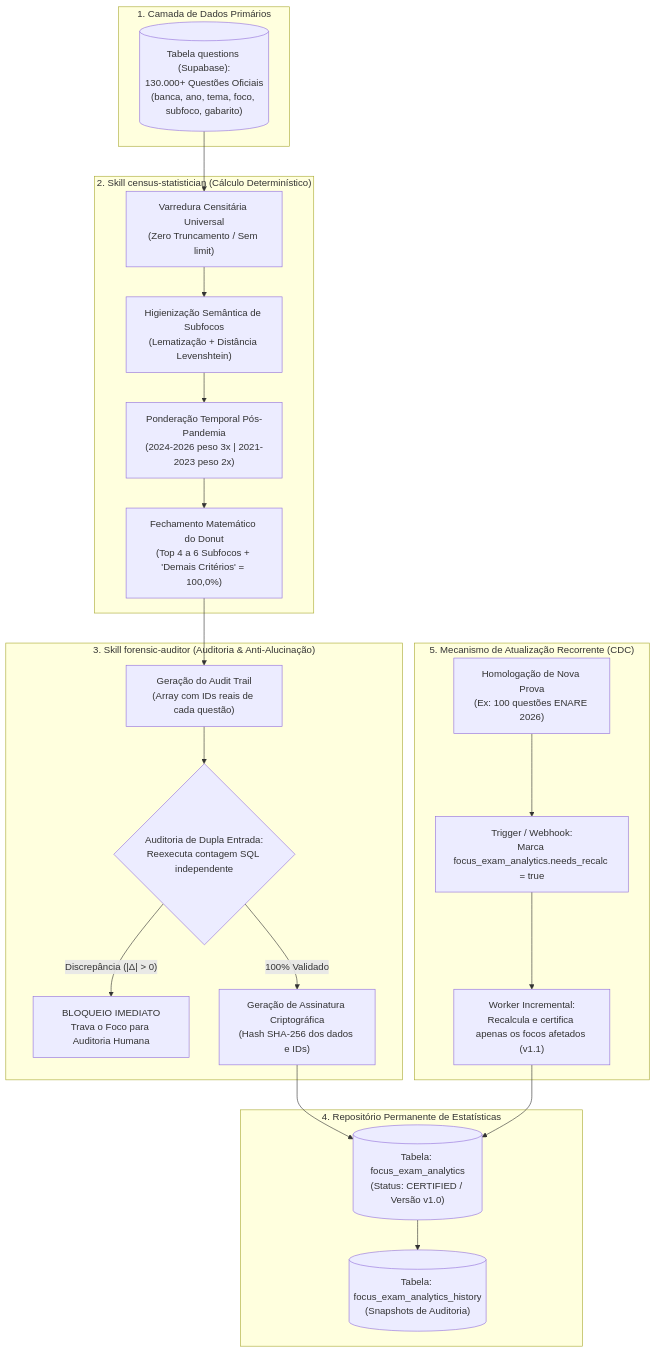
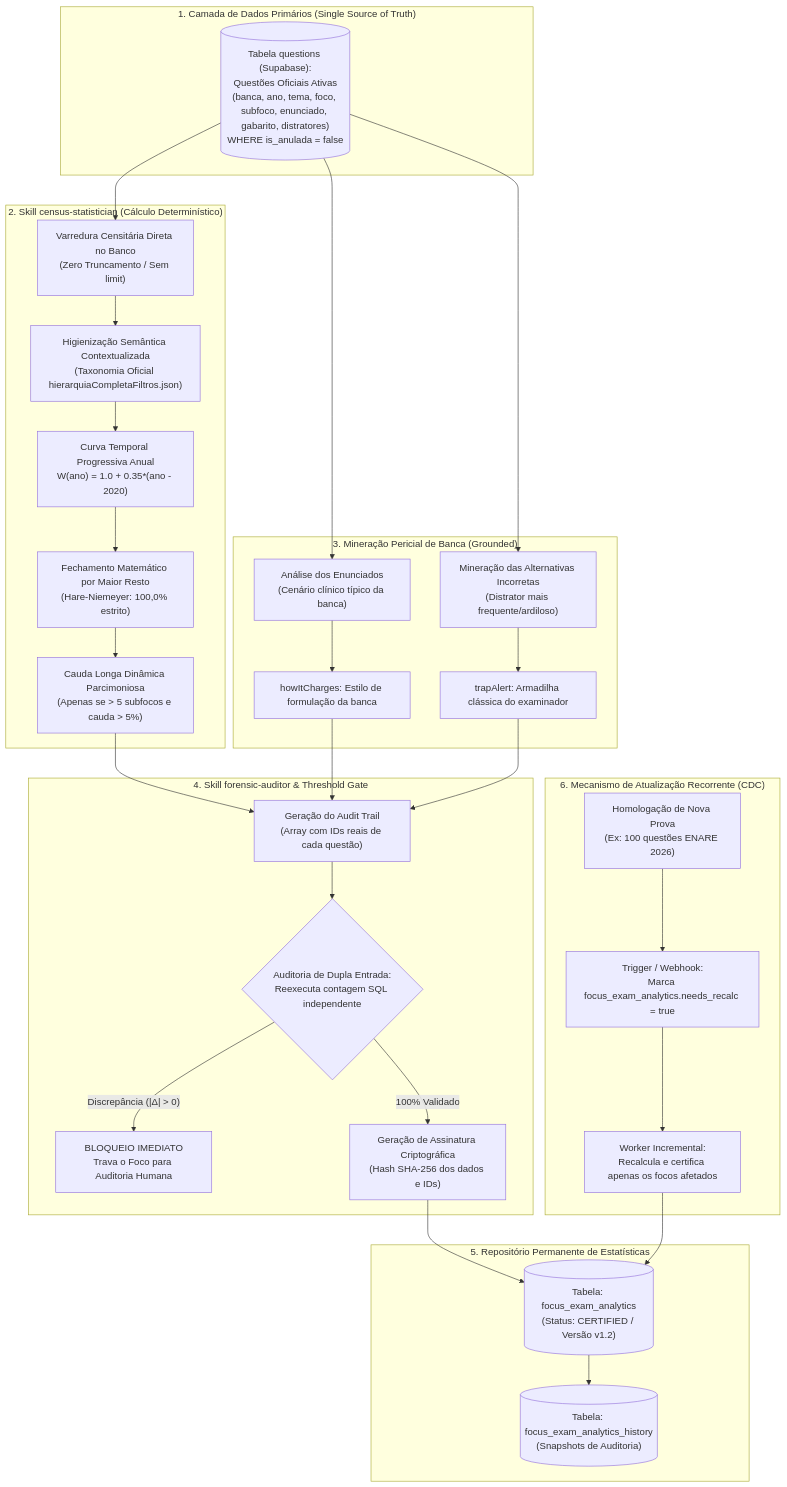
One commit to bancoresidencia/bancoresidencia changed the diagram in docs/PLANO_MESTRE_MOTOR_ESTATISTICO_CENSO_BANCO.md. Above: the diagram before and after it, drawn with Mermaid. The commit also changed other lines of this file and 335 other files, not shown here.

````diff
--- a/docs/PLANO_MESTRE_MOTOR_ESTATISTICO_CENSO_BANCO.md
+++ b/docs/PLANO_MESTRE_MOTOR_ESTATISTICO_CENSO_BANCO.md
@@ -41,31 +51,41 @@
 ```mermaid
 flowchart TD
-    subgraph DADOS_PRIMARIOS ["1. Camada de Dados Primários"]
-        DBQuestoes[("Tabela questions (Supabase):\n130.000+ Questões Oficiais\n(banca, ano, tema, foco, subfoco, gabarito)")]
+    subgraph DADOS_PRIMARIOS ["1. Camada de Dados Primários (Single Source of Truth)"]
+        DBQuestoes[("Tabela questions (Supabase):\nQuestões Oficiais Ativas\n(banca, ano, tema, foco, subfoco, enunciado, gabarito, distratores)\nWHERE is_anulada = false")]
     end
 
     subgraph SKILL_CENSUS ["2. Skill census-statistician (Cálculo Determinístico)"]
-        DBQuestoes --> Scanner["Varredura Censitária Universal\n(Zero Truncamento / Sem limit)"]
-        Scanner --> NLPCluster["Higienização Semântica de Subfocos\n(Lematização + Distância Levenshtein)"]
-        NLPCluster --> TimeWeight["Ponderação Temporal Pós-Pandemia\n(2024-2026 peso 3x | 2021-2023 peso 2x)"]
-        TimeWeight --> MathClosure["Fechamento Matemático do Donut\n(Top 4 a 6 Subfocos + 'Demais Critérios' = 100,0%)"]
+        DBQuestoes --> Scanner["Varredura Censitária Direta no Banco\n(Zero Truncamento / Sem limit)"]
+        Scanner --> NLPCluster["Higienização Semântica Contextualizada\n(Taxonomia Oficial hierarquiaCompletaFiltros.json)"]
+        NLPCluster --> TimeWeight["Curva Temporal Progressiva Anual\nW(ano) = 1.0 + 0.35*(ano - 2020)"]
+        TimeWeight --> HareNiemeyer["Fechamento Matemático por Maior Resto\n(Hare-Niemeyer: 100,0% estrito)"]
+        HareNiemeyer --> DynamicTail["Cauda Longa Dinâmica Parcimoniosa\n(Apenas se > 5 subfocos e cauda > 5%)"]
     end
 
-    subgraph SKILL_AUDITOR ["3. Skill forensic-auditor (Auditoria & Anti-Alucinação)"]
-        MathClosure --> AuditTrail["Geração do Audit Trail\n(Array com IDs reais de cada questão)"]
+    subgraph SKILL_PERICIA ["3. Mineração Pericial de Banca (Grounded)"]
+        DBQuestoes --> Enunciados["Análise dos Enunciados\n(Cenário clínico típico da banca)"]
+        DBQuestoes --> Distratores["Mineração das Alternativas Incorretas\n(Distrator mais frequente/ardiloso)"]
+        Enunciados --> HowCharges["howItCharges: Estilo de formulação da banca"]
+        Distratores --> TrapAlert["trapAlert: Armadilha clássica do examinador"]
+    end
+
+    subgraph SKILL_AUDITOR ["4. Skill forensic-auditor & Threshold Gate"]
+        DynamicTail --> AuditTrail["Geração do Audit Trail\n(Array com IDs reais de cada questão)"]
+        HowCharges --> AuditTrail
+        TrapAlert --> AuditTrail
         AuditTrail --> DoubleCheck{"Auditoria de Dupla Entrada:\nReexecuta contagem SQL independente"}
         DoubleCheck -- Discrepância (|Δ| > 0) --> Block["BLOQUEIO IMEDIATO\nTrava o Foco para Auditoria Humana"]
         DoubleCheck -- 100% Validado --> HashGen["Geração de Assinatura Criptográfica\n(Hash SHA-256 dos dados e IDs)"]
     end
 
-    subgraph PERSISTENCIA ["4. Repositório Permanente de Estatísticas"]
-        HashGen --> DeployAnalytics[("Tabela: focus_exam_analytics\n(Status: CERTIFIED / Versão v1.0)")]
+    subgraph PERSISTENCIA ["5. Repositório Permanente de Estatísticas"]
+        HashGen --> DeployAnalytics[("Tabela: focus_exam_analytics\n(Status: CERTIFIED / Versão v1.2)")]
         DeployAnalytics --> Hist[("Tabela: focus_exam_analytics_history\n(Snapshots de Auditoria)")]
     end
 
-    subgraph ATUALIZACAO_CONTINUA ["5. Mecanismo de Atualização Recorrente (CDC)"]
+    subgraph ATUALIZACAO_CONTINUA ["6. Mecanismo de Atualização Recorrente (CDC)"]
         NovasProvas["Homologação de Nova Prova\n(Ex: 100 questões ENARE 2026)"] --> TriggerCDC["Trigger / Webhook:\nMarca focus_exam_analytics.needs_recalc = true"]
-        TriggerCDC --> IncrementalWorker["Worker Incremental:\nRecalcula e certifica apenas os focos afetados (v1.1)"]
+        TriggerCDC --> IncrementalWorker["Worker Incremental:\nRecalcula e certifica apenas os focos afetados"]
         IncrementalWorker --> DeployAnalytics
     end
 ```
````
